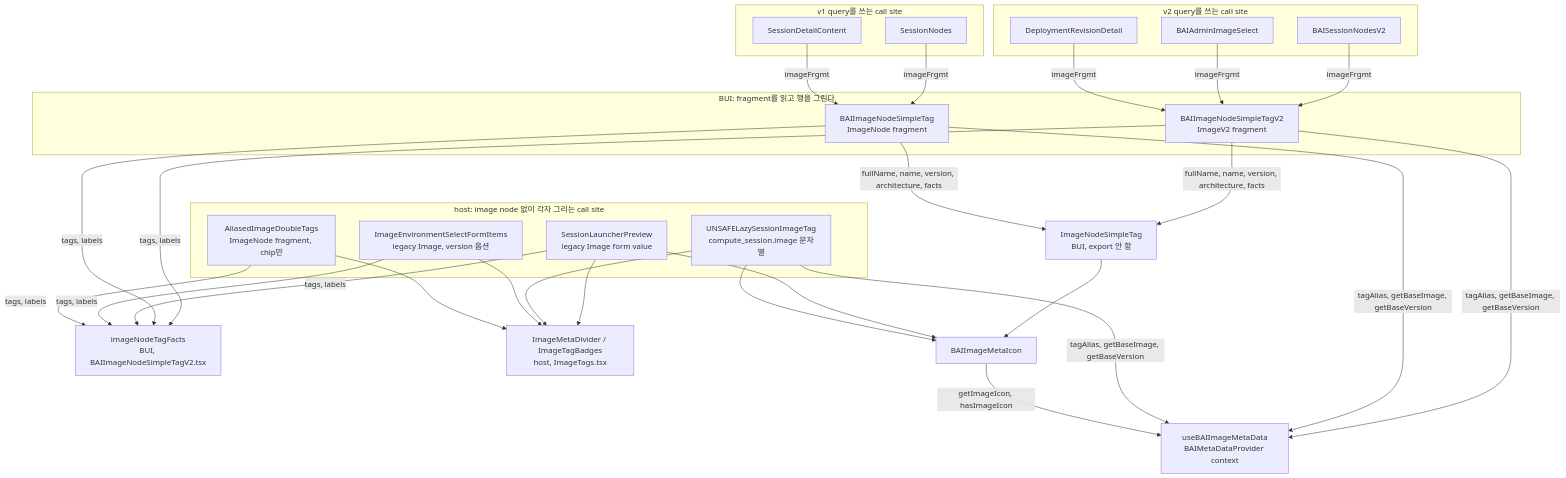
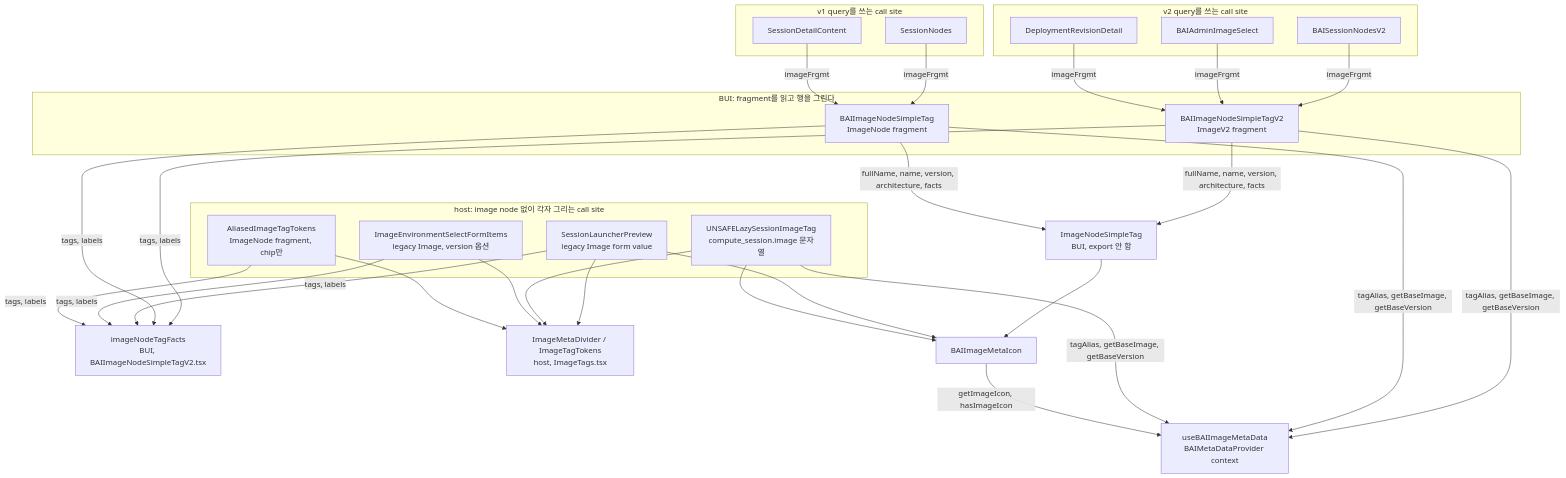
One commit to lablup/backend.ai-webui changed the diagram in docs/adr/0005-container-image-meta-row.md. Above: the diagram before and after it, drawn with Mermaid. The commit also changed other lines of this file and 307 other files, not shown here.

````diff
--- a/docs/adr/0005-container-image-meta-row.md
+++ b/docs/adr/0005-container-image-meta-row.md
@@ -39,37 +39,37 @@
 ```mermaid
 flowchart TB
   subgraph bui["BUI: fragment를 읽고 행을 그린다"]
     v2["BAIImageNodeSimpleTagV2<br/>ImageV2 fragment"]
     v1["BAIImageNodeSimpleTag<br/>ImageNode fragment"]
   end
   subgraph v2callers["v2 query를 쓰는 call site"]
     sessionsV2["BAISessionNodesV2"]
     adminPicker["BAIAdminImageSelect"]
     revision["DeploymentRevisionDetail"]
   end
   subgraph v1callers["v1 query를 쓰는 call site"]
     sessions["SessionNodes"]
     detail["SessionDetailContent"]
   end
   subgraph host["host: image node 없이 각자 그리는 call site"]
     launcher["SessionLauncherPreview<br/>legacy Image form value"]
     lazy["UNSAFELazySessionImageTag<br/>compute_session.image 문자열"]
     envSelect["ImageEnvironmentSelectFormItems<br/>legacy Image, version 옵션"]
-    tagsOnly["AliasedImageDoubleTags<br/>ImageNode fragment, chip만"]
+    tagsOnly["AliasedImageTagTokens<br/>ImageNode fragment, chip만"]
   end
   row["ImageNodeSimpleTag<br/>BUI, export 안 함"]
   facts["imageNodeTagFacts<br/>BUI, BAIImageNodeSimpleTagV2.tsx"]
-  parts["ImageMetaDivider / ImageTagBadges<br/>host, ImageTags.tsx"]
+  parts["ImageMetaDivider / ImageTagTokens<br/>host, ImageTags.tsx"]
   icon["BAIImageMetaIcon"]
   meta["useBAIImageMetaData<br/>BAIMetaDataProvider context"]
 
   sessionsV2 & adminPicker & revision -- "imageFrgmt" --> v2
   sessions & detail -- "imageFrgmt" --> v1
   v2 & v1 -- "tags, labels" --> facts
   v2 & v1 -- "fullName, name, version, architecture, facts" --> row
   launcher & envSelect & tagsOnly -- "tags, labels" --> facts
   launcher & lazy & envSelect & tagsOnly --> parts
   row & launcher & lazy --> icon
   v2 & v1 & lazy -- "tagAlias, getBaseImage, getBaseVersion" --> meta
   icon -- "getImageIcon, hasImageIcon" --> meta
 ```
````
